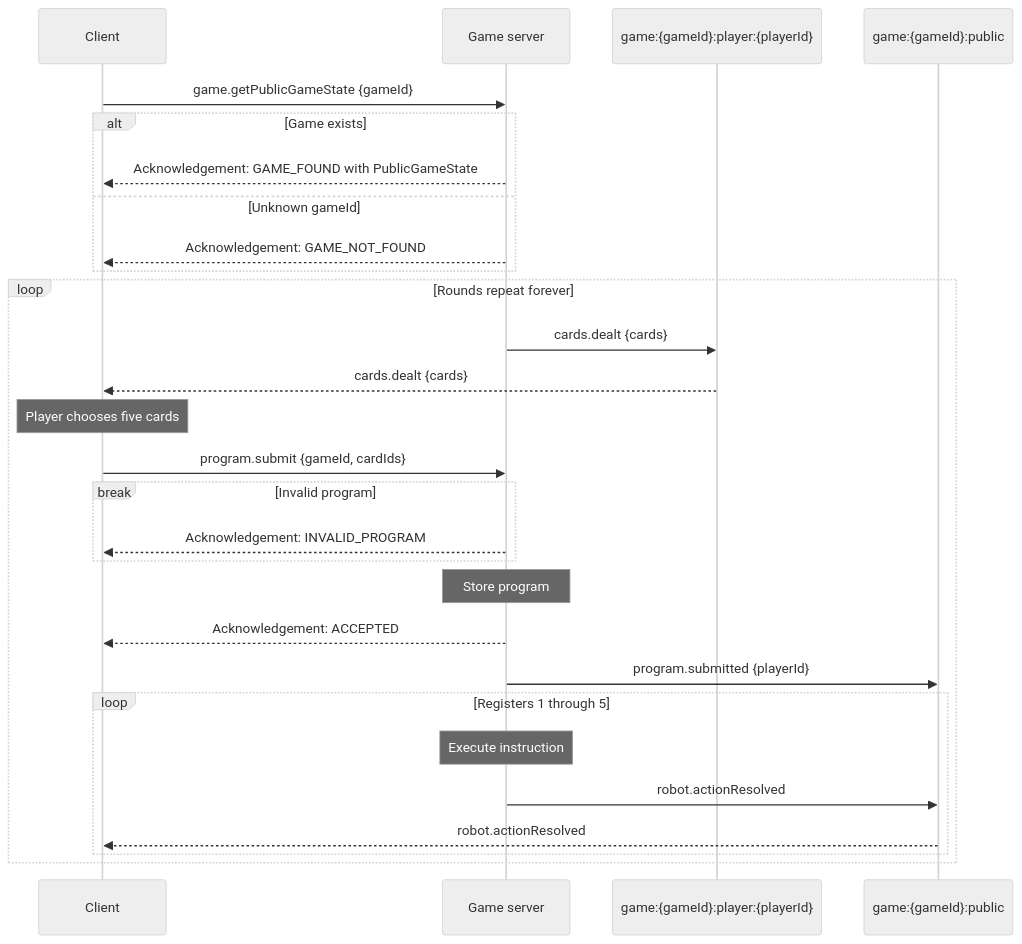
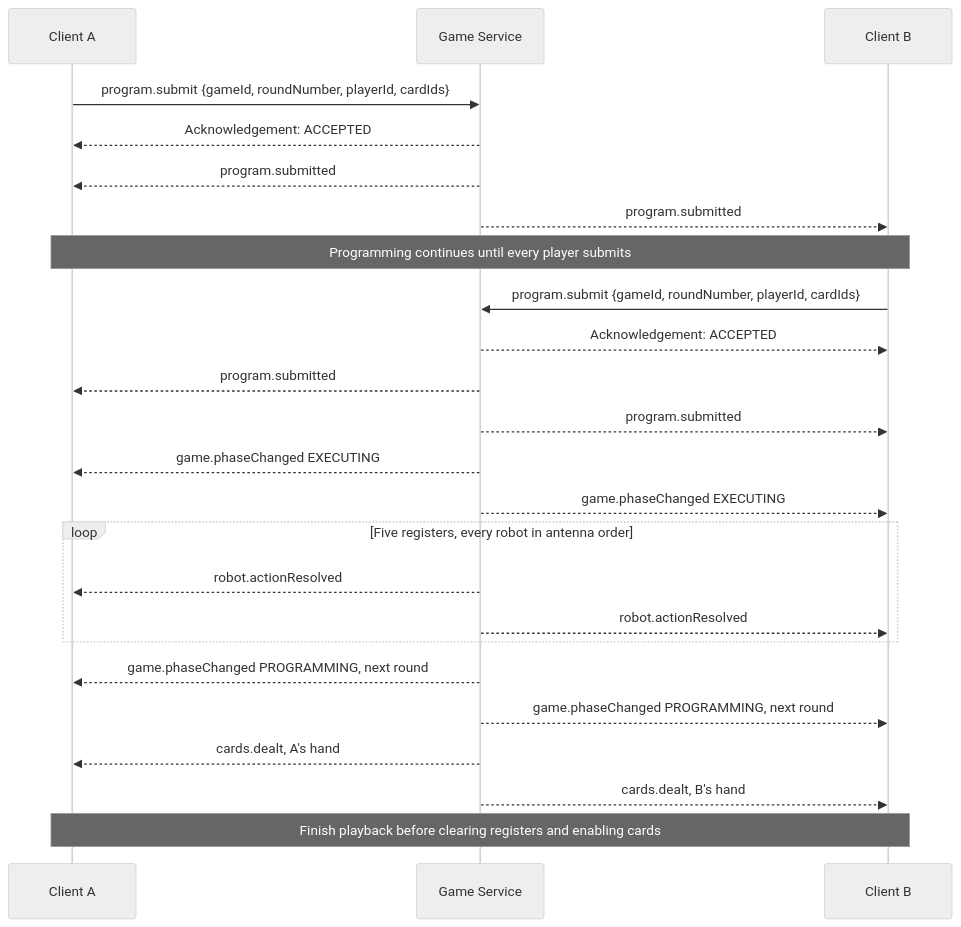
The diagram in docs/v0Communication.md (hananinas/RoboRally), drawn with Mermaid (neutral theme) before and after one commit. The commit also changed other lines of this file and 2 other files, not shown here.

````diff
--- a/docs/v0Communication.md
+++ b/docs/v0Communication.md
@@ -18,38 +14,26 @@
 ```mermaid
-
 sequenceDiagram
-    participant Client
-    participant Server as Game server
-    participant Private as game:{gameId}:player:{playerId}
-    participant Public as game:{gameId}:public
-
-    Client->>Server: game.getPublicGameState {gameId}
-    alt Game exists
-        Server-->>Client: Acknowledgement: GAME_FOUND with PublicGameState
-    else Unknown gameId
-        Server-->>Client: Acknowledgement: GAME_NOT_FOUND
+    participant A as Client A
+    participant S as Game Service
+    participant B as Client B
+    A->>S: program.submit {gameId, roundNumber, playerId, cardIds}
+    S-->>A: Acknowledgement: ACCEPTED
+    S-->>A: program.submitted
+    S-->>B: program.submitted
+    Note over A,B: Programming continues until every player submits
+    B->>S: program.submit {gameId, roundNumber, playerId, cardIds}
+    S-->>B: Acknowledgement: ACCEPTED
+    S-->>A: program.submitted
+    S-->>B: program.submitted
+    S-->>A: game.phaseChanged EXECUTING
+    S-->>B: game.phaseChanged EXECUTING
+    loop Five registers, every robot in antenna order
+        S-->>A: robot.actionResolved
+        S-->>B: robot.actionResolved
     end
-
-    loop Rounds repeat forever
-        Server->>Private: cards.dealt {cards}
-        Private-->>Client: cards.dealt {cards}
-
-        Note over Client: Player chooses five cards
-        Client->>Server: program.submit {gameId, cardIds}
-
-        break Invalid program
-            Server-->>Client: Acknowledgement: INVALID_PROGRAM
-        end
-          
-        Note over Server: Store program
-        Server-->>Client: Acknowledgement: ACCEPTED
-        Server->>Public: program.submitted {playerId}
-
-        loop Registers 1 through 5
-            Note over Server: Execute instruction
-            Server->>Public: robot.actionResolved
-            Public-->>Client: robot.actionResolved
-        end
-    end
-
+    S-->>A: game.phaseChanged PROGRAMMING, next round
+    S-->>B: game.phaseChanged PROGRAMMING, next round
+    S-->>A: cards.dealt, A's hand
+    S-->>B: cards.dealt, B's hand
+    Note over A,B: Finish playback before clearing registers and enabling cards
 ```
````
